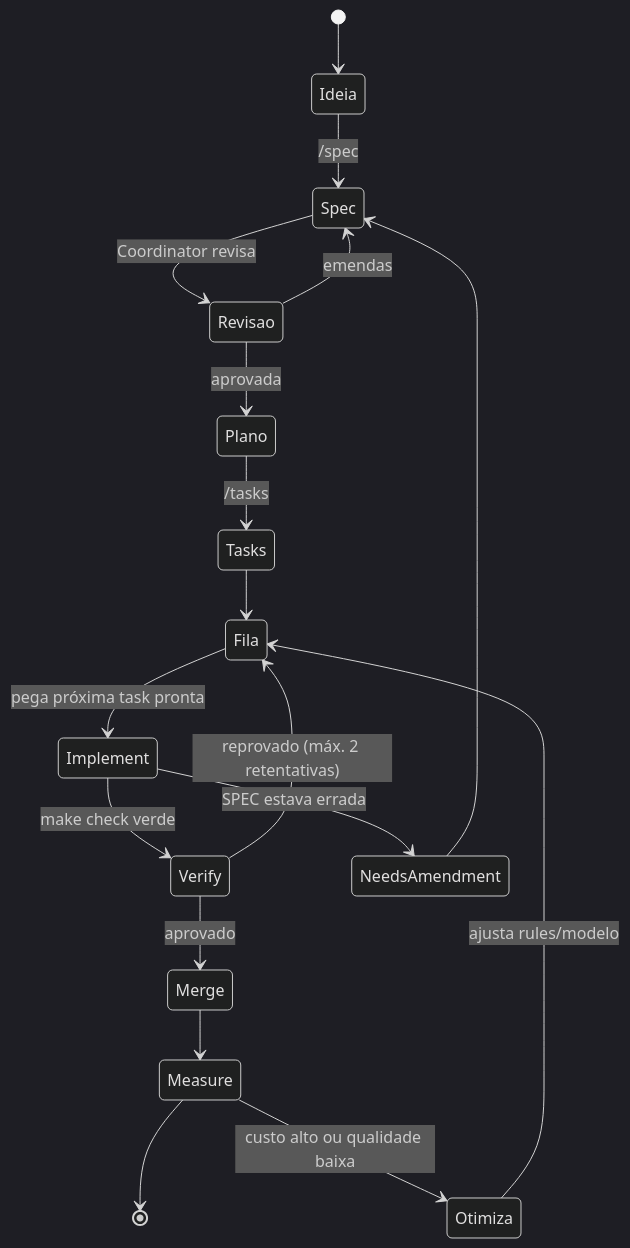
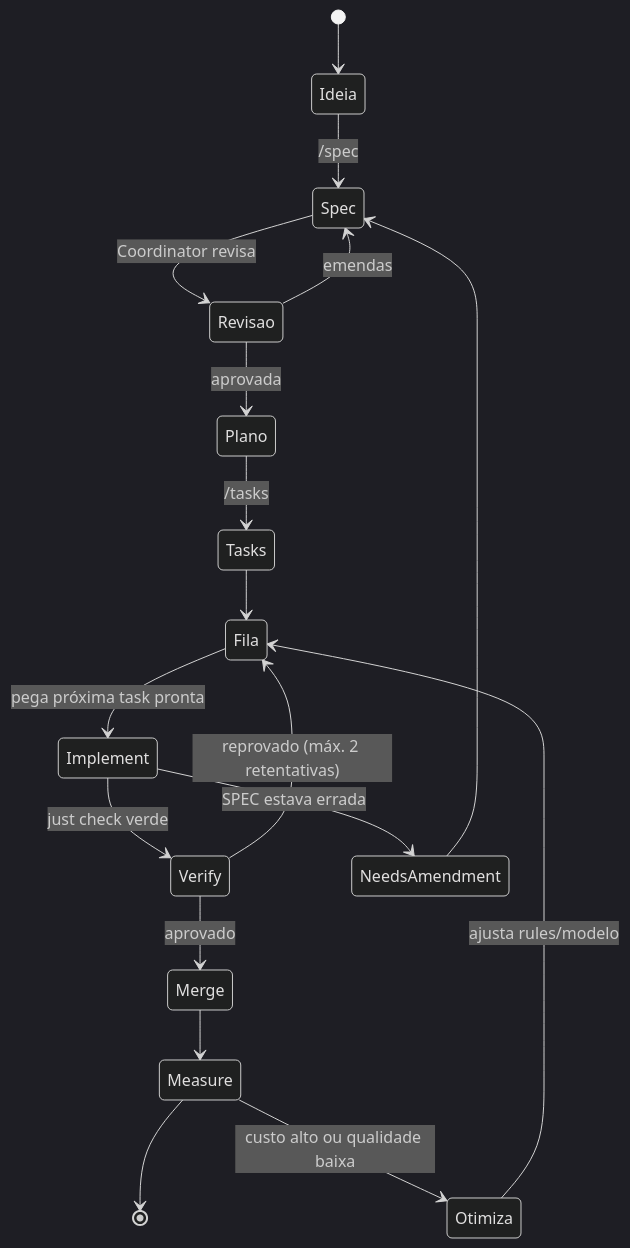
Before and after one commit to matheussousa1/harness-corp: the diagram in docs/03-processo/pipeline.md, drawn with Mermaid (dark theme). The commit also changed other lines of this file and 48 other files, not shown here.

First line of the commit message:
chore: adopt just, make prompts tool-neutral, fix SPEC-000 slicing

````diff
--- a/docs/03-processo/pipeline.md
+++ b/docs/03-processo/pipeline.md
@@ -19,20 +19,20 @@
 ```mermaid
 stateDiagram-v2
   [*] --> Ideia
   Ideia --> Spec: /spec
   Spec --> Revisao: Coordinator revisa
   Revisao --> Spec: emendas
   Revisao --> Plano: aprovada
   Plano --> Tasks: /tasks
   Tasks --> Fila
   Fila --> Implement: pega próxima task pronta
-  Implement --> Verify: make check verde
+  Implement --> Verify: just check verde
   Implement --> NeedsAmendment: SPEC estava errada
   NeedsAmendment --> Spec
   Verify --> Fila: reprovado (máx. 2 retentativas)
   Verify --> Merge: aprovado
   Merge --> Measure
   Measure --> [*]
   Measure --> Otimiza: custo alto ou qualidade baixa
   Otimiza --> Fila: ajusta rules/modelo
 ```
````
